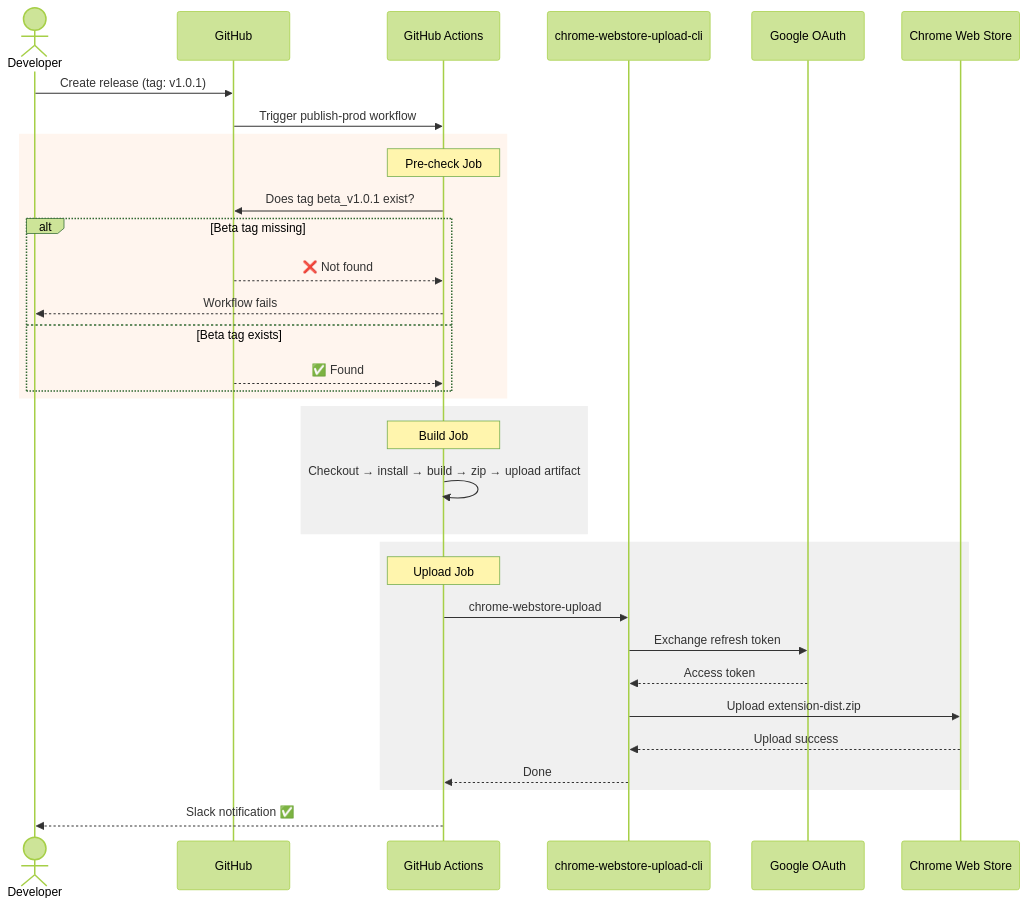
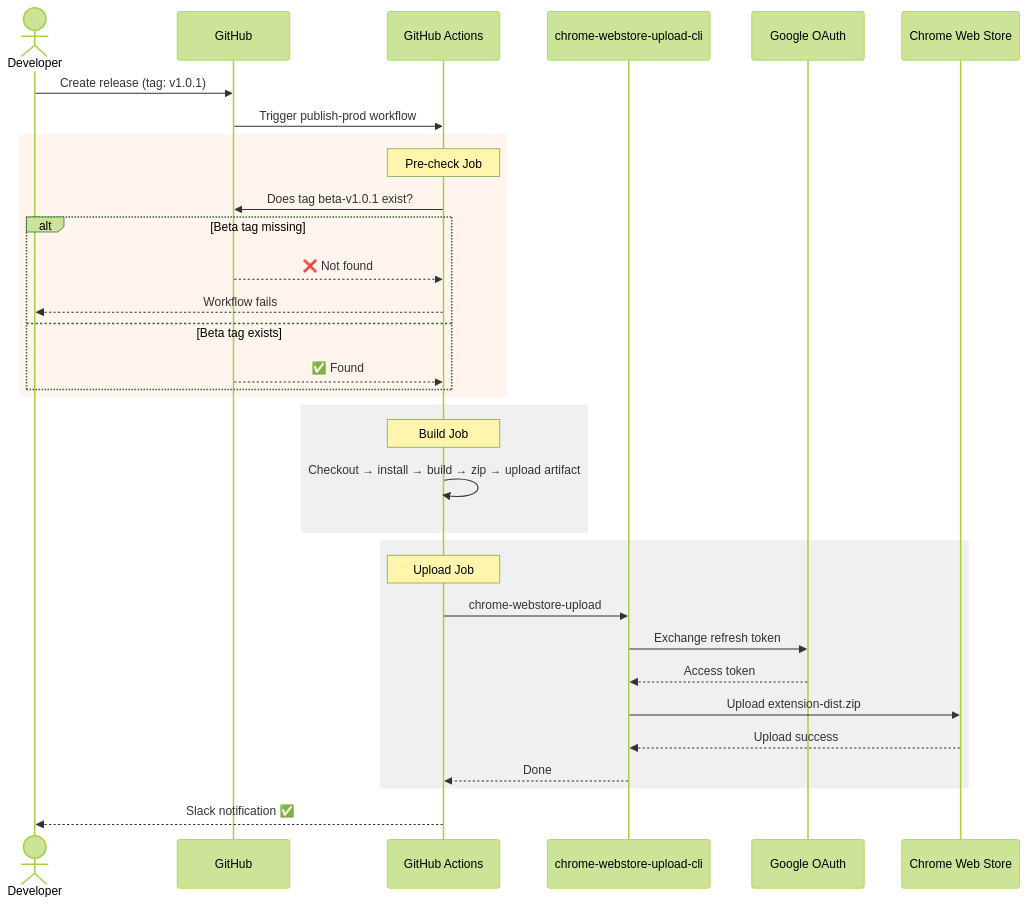
One commit to cg-ysun/chrome-extension-test changed the diagram in docs/prod-workflow.mmd. Above: the diagram before and after it, drawn with Mermaid (forest theme). The commit also changed 1 other file, not shown here.

```diff
--- a/docs/prod-workflow.mmd
+++ b/docs/prod-workflow.mmd
@@ -1,38 +1,38 @@
 sequenceDiagram
     actor Dev as Developer
     participant GH as GitHub
     participant GHA as GitHub Actions
     participant CLI as chrome-webstore-upload-cli
     participant OAuth as Google OAuth
     participant CWS as Chrome Web Store
 
     Dev->>GH: Create release (tag: v1.0.1)
     GH->>GHA: Trigger publish-prod workflow
 
     rect rgb(255, 245, 238)
         Note over GHA: Pre-check Job
-        GHA->>GH: Does tag beta_v1.0.1 exist?
+        GHA->>GH: Does tag beta-v1.0.1 exist?
         alt Beta tag missing
             GH-->>GHA: ❌ Not found
             GHA-->>Dev: Workflow fails
         else Beta tag exists
             GH-->>GHA: ✅ Found
         end
     end
 
     rect rgb(240, 240, 240)
         Note over GHA: Build Job
         GHA->>GHA: Checkout → install → build → zip → upload artifact
     end
 
     rect rgb(240, 240, 240)
         Note over GHA: Upload Job
         GHA->>CLI: chrome-webstore-upload
         CLI->>OAuth: Exchange refresh token
         OAuth-->>CLI: Access token
         CLI->>CWS: Upload extension-dist.zip
         CWS-->>CLI: Upload success
         CLI-->>GHA: Done
     end
 
     GHA-->>Dev: Slack notification ✅
```
